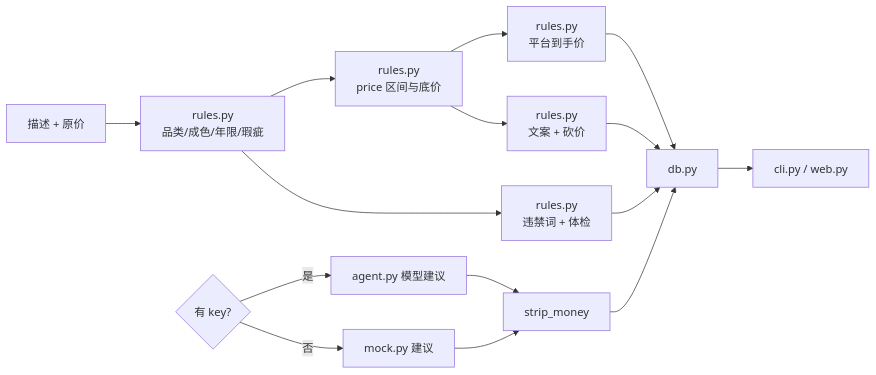
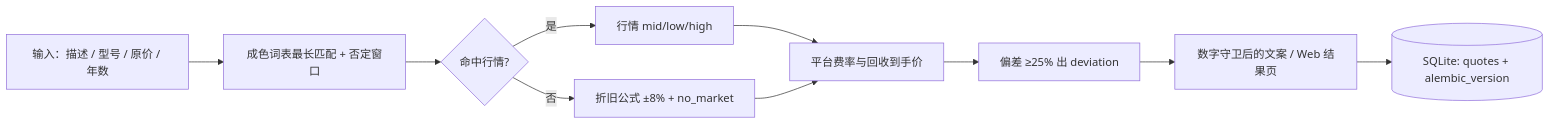
Before and after one commit to wushiyi105-jpg/xianzhi: the diagram in README.md, drawn with Mermaid. The commit also changed other lines of this file and 67 other files, not shown here.

````diff
--- a/README.md
+++ b/README.md
@@ -187,17 +85,12 @@
 ```mermaid
 flowchart LR
-    A[描述 + 原价] --> B[rules.py<br/>品类/成色/年限/瑕疵]
-    B --> C[rules.py<br/>price 区间与底价]
-    C --> D[rules.py<br/>平台到手价]
-    C --> E[rules.py<br/>文案 + 砍价]
-    B --> F[rules.py<br/>违禁词 + 体检]
-    G{有 key?} -->|否| H[mock.py 建议]
-    G -->|是| I[agent.py 模型建议]
-    I --> J[strip_money]
-    H --> J
-    D --> K[db.py]
-    E --> K
-    F --> K
-    J --> K
-    K --> L[cli.py / web.py]
+    A[输入：描述 / 型号 / 原价 / 年数] --> B[成色词表最长匹配 + 否定窗口]
+    B --> C{命中行情?}
+    C -- 是 --> D[行情 mid/low/high]
+    C -- 否 --> E[折旧公式 ±8% + no_market]
+    D --> F[平台费率与回收到手价]
+    E --> F
+    F --> G[偏差 ≥25% 出 deviation]
+    G --> H[数字守卫后的文案 / Web 结果页]
+    H --> I[(SQLite: quotes + alembic_version)]
 ```
````
